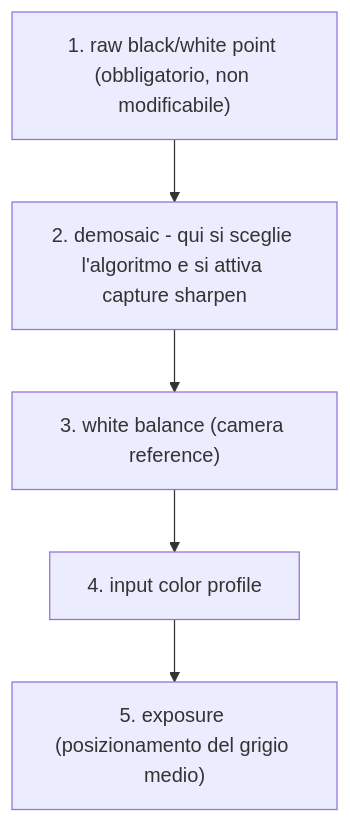
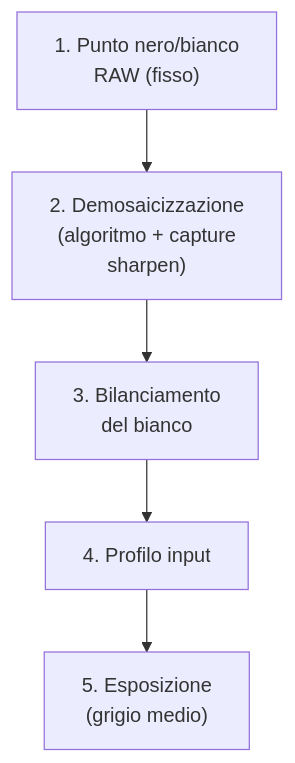
The diagram in docs/modules/demosaicing.md (lorenzoperone/darktable-docs), drawn with Mermaid before and after one commit. The commit also changed 40 other files, not shown here.

First line of the commit message:
fix: reformatta diagrammi Mermaid — etichette brevi, break line, italiano

````diff
--- a/docs/modules/demosaicing.md
+++ b/docs/modules/demosaicing.md
@@ -26,4 +26,4 @@
 ```mermaid
 flowchart TD
-    A["1. raw black/white point (obbligatorio, non modificabile)"] --> B["2. demosaic - qui si sceglie l'algoritmo e si attiva capture sharpen"] --> C["3. white balance (camera reference)"] --> D["4. input color profile"] --> E["5. exposure (posizionamento del grigio medio)"]
+    A["1. Punto nero/bianco<br/>RAW (fisso)"] --> B["2. Demosaicizzazione<br/>(algoritmo + capture<br/>sharpen)"] --> C["3. Bilanciamento<br/>del bianco"] --> D["4. Profilo input"] --> E["5. Esposizione<br/>(grigio medio)"]
 ```
````
